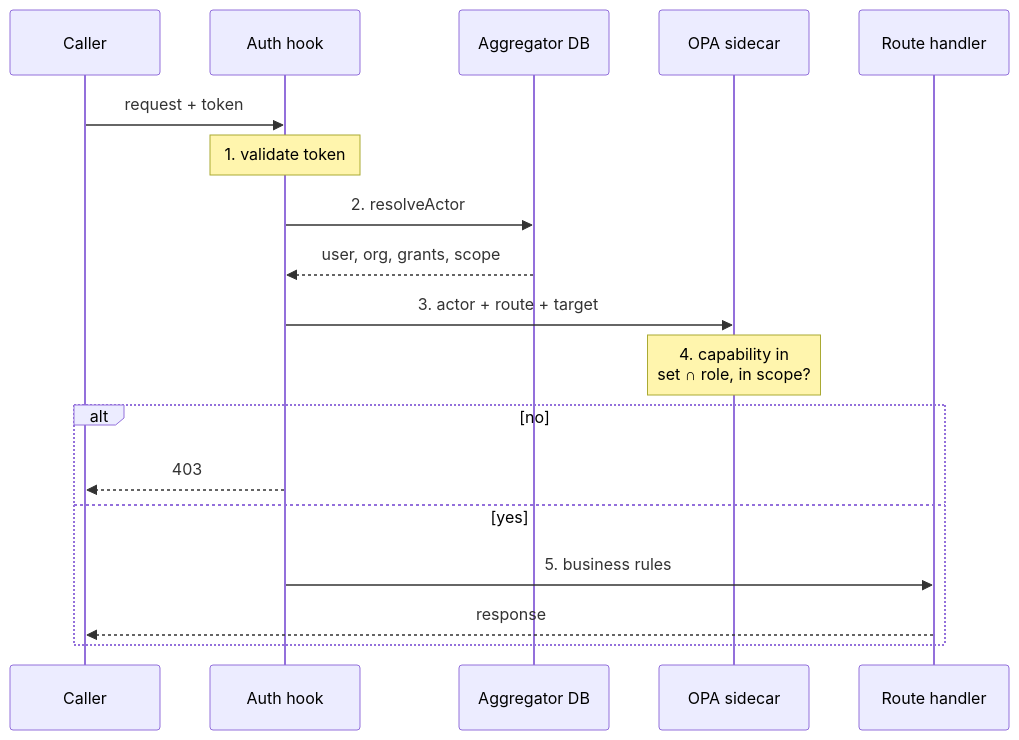
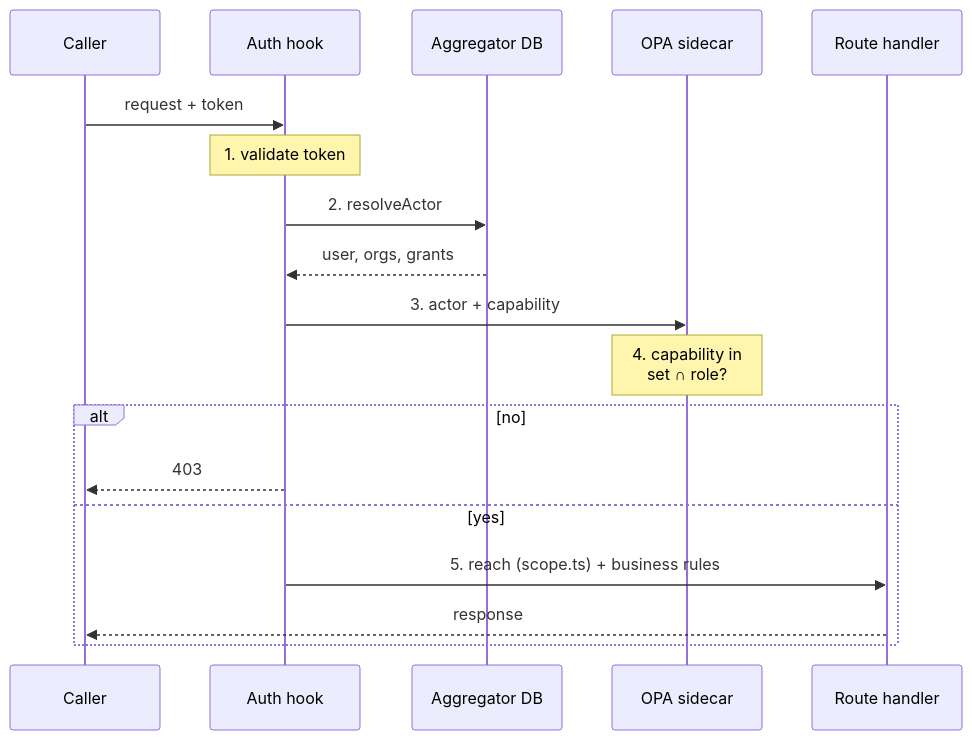
Before and after one commit to Blue-Dots-Economy/aggregator-dpg: the fourth of 5 diagrams in docs/rbac/rbac-design-aggregator.md, drawn with Mermaid. The commit also changed other lines of this file and 3 other files, not shown here.

````diff
--- a/docs/rbac/rbac-design-aggregator.md
+++ b/docs/rbac/rbac-design-aggregator.md
@@ -136,20 +139,20 @@
 ```mermaid
 sequenceDiagram
     participant C as Caller
     participant H as Auth hook
     participant D as Aggregator DB
     participant O as OPA sidecar
     participant R as Route handler
     C->>H: request + token
     Note over H: 1. validate token
     H->>D: 2. resolveActor
-    D-->>H: user, org, grants, scope
-    H->>O: 3. actor + route + target
-    Note over O: 4. capability in<br/>set ∩ role, in scope?
+    D-->>H: user, orgs, grants
+    H->>O: 3. actor + capability
+    Note over O: 4. capability in<br/>set ∩ role?
     alt no
         H-->>C: 403
     else yes
-        H->>R: 5. business rules
+        H->>R: 5. reach (scope.ts) + business rules
         R-->>C: response
     end
 ```
````
